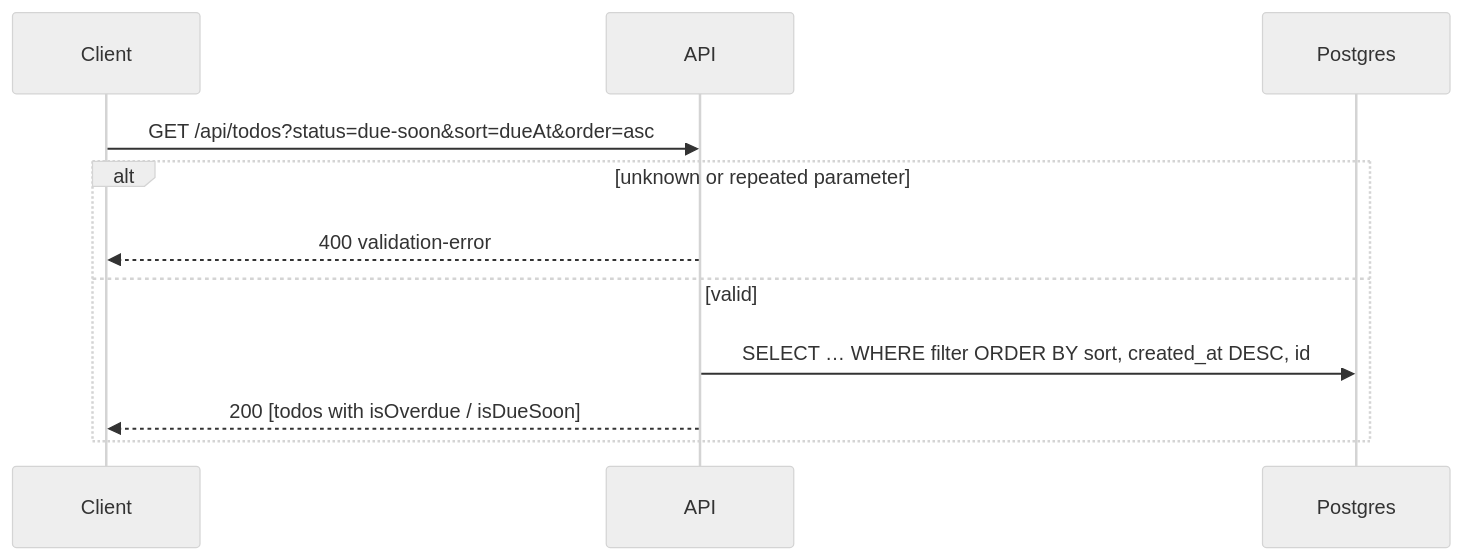
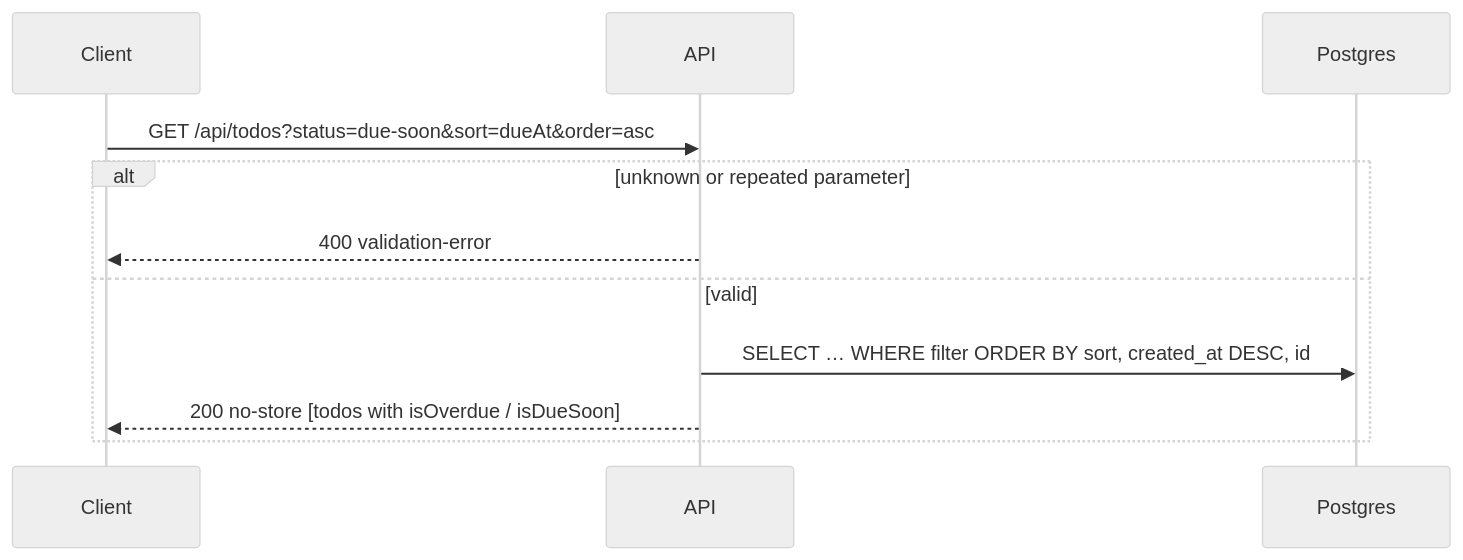
The second of 7 diagrams in docs/api.md (charlesmalo/FociToDo), drawn with Mermaid (neutral theme) before and after one commit. The commit also changed 29 other files, not shown here.

First line of the commit message:
docs(repo): sync diagrams, design changes, deferred pagination, self-contained repo

````diff
--- a/docs/api.md
+++ b/docs/api.md
@@ -91,13 +91,13 @@
 ```mermaid
 sequenceDiagram
   participant C as Client
   participant A as API
   participant DB as Postgres
   C->>A: GET /api/todos?status=due-soon&sort=dueAt&order=asc
   alt unknown or repeated parameter
     A-->>C: 400 validation-error
   else valid
     A->>DB: SELECT … WHERE filter ORDER BY sort, created_at DESC, id
-    A-->>C: 200 [todos with isOverdue / isDueSoon]
+    A-->>C: 200 no-store [todos with isOverdue / isDueSoon]
   end
 ```
````
